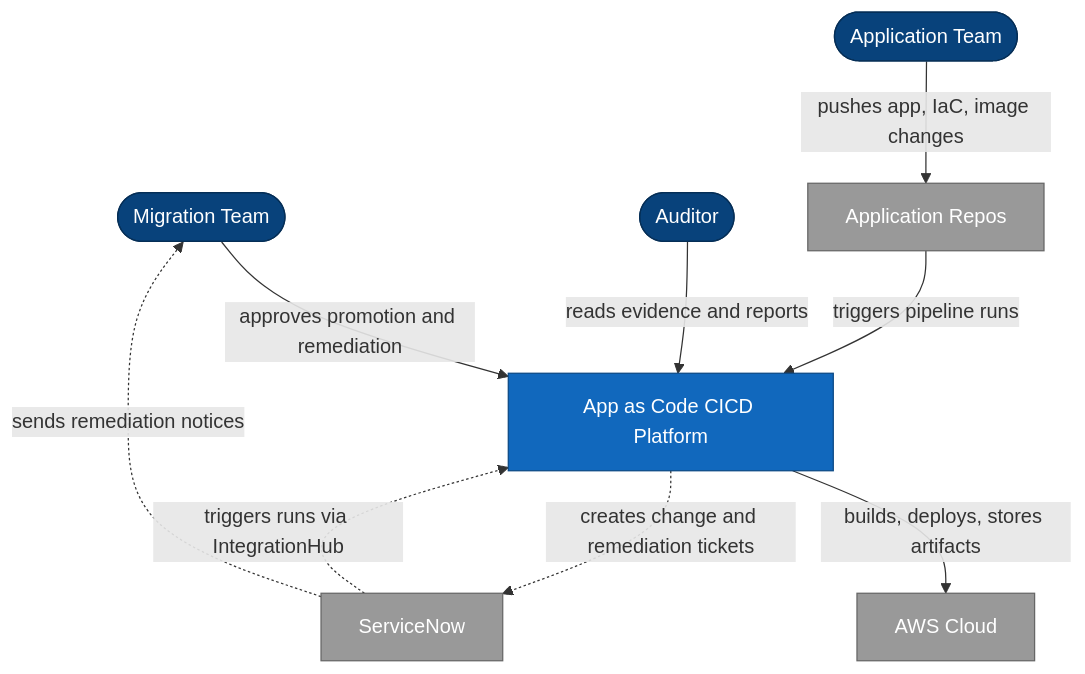
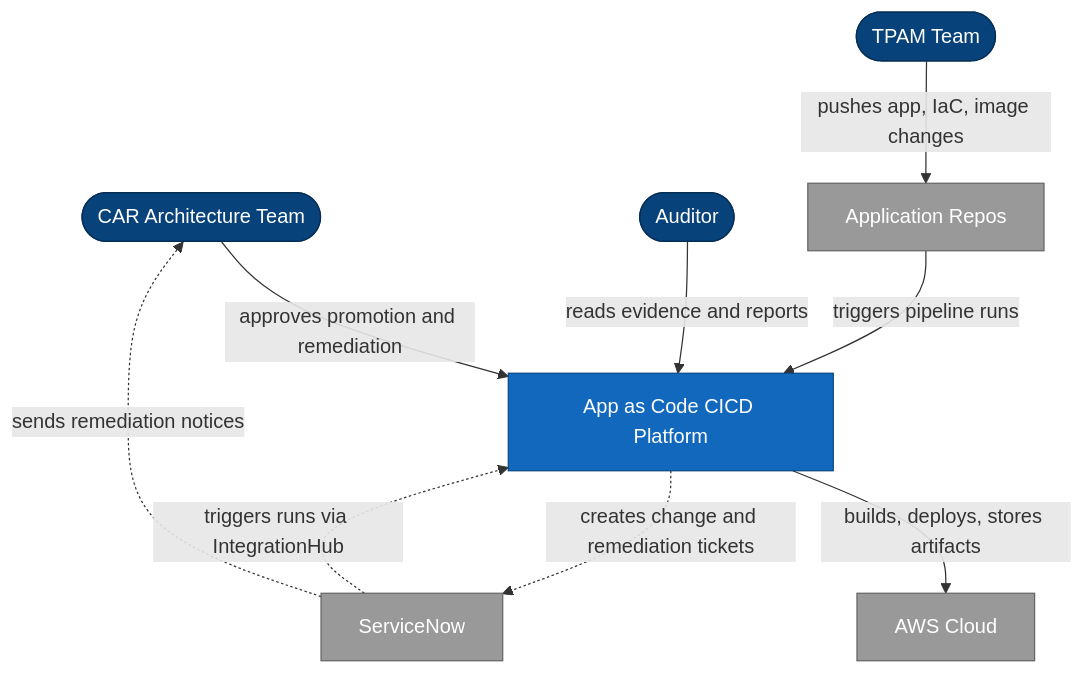
The diagram in architecture/c4-context-drawio.mmd (wingt903/CICD), drawn with Mermaid before and after one commit. The commit also changed 6 other files, not shown here.

Commit message:
Rename diagram actors to CAR/TPAM terminology

```diff
--- a/architecture/c4-context-drawio.mmd
+++ b/architecture/c4-context-drawio.mmd
@@ -1,33 +1,33 @@
 graph TB
     %% C4 Context (Level 1) - draw.io compatible
     %% People
-    migTeam([Migration Team])
-    appTeam([Application Team])
+    migTeam([CAR Architecture Team])
+    appTeam([TPAM Team])
     auditor([Auditor])
 
     %% System under design
     cicd[App as Code CICD Platform]
 
     %% External systems
     appRepos[Application Repos]
     aws[AWS Cloud]
     sn[ServiceNow]
 
     %% Relationships
     migTeam -->|approves promotion and remediation| cicd
     appTeam -->|pushes app, IaC, image changes| appRepos
     appRepos -->|triggers pipeline runs| cicd
     auditor -->|reads evidence and reports| cicd
     cicd -->|builds, deploys, stores artifacts| aws
     cicd -.->|creates change and remediation tickets| sn
     sn -.->|triggers runs via IntegrationHub| cicd
     sn -.->|sends remediation notices| migTeam
 
     %% Styling
     style cicd fill:#1168BD,color:#ffffff,stroke:#0b4884
     style migTeam fill:#08427B,color:#ffffff,stroke:#052E56
     style appTeam fill:#08427B,color:#ffffff,stroke:#052E56
     style auditor fill:#08427B,color:#ffffff,stroke:#052E56
     style appRepos fill:#999999,color:#ffffff,stroke:#666666
     style aws fill:#999999,color:#ffffff,stroke:#666666
     style sn fill:#999999,color:#ffffff,stroke:#666666
```
